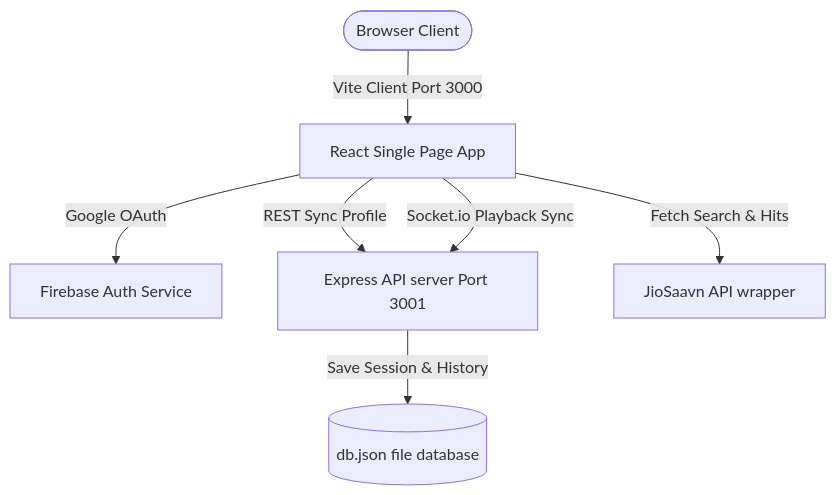
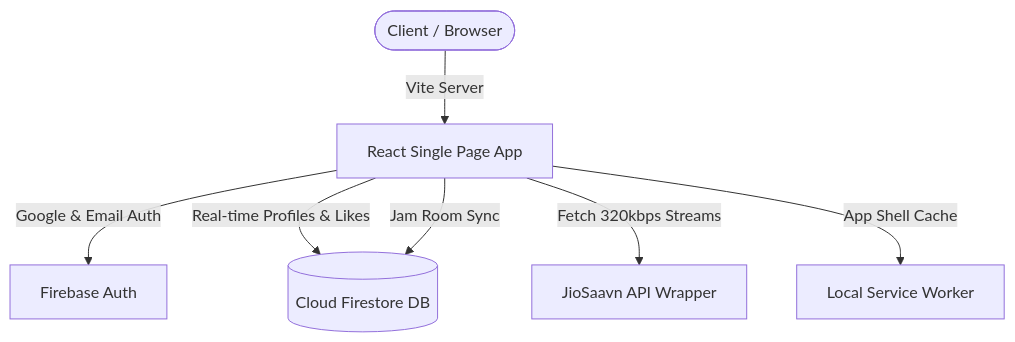
One commit to Geet-Prince/RETRO changed the diagram in README.md. Above: the diagram before and after it, drawn with Mermaid. The commit also changed other lines of this file, not shown here.

````diff
--- a/README.md
+++ b/README.md
@@ -64,9 +106,9 @@
 ```mermaid
 graph TD
-    User([Browser Client]) -->|Vite Client Port 3000| Frontend[React Single Page App]
-    Frontend -->|Google OAuth| FirebaseAuth[Firebase Auth Service]
-    Frontend -->|REST Sync Profile| ExpressBackend[Express API server Port 3001]
-    Frontend -->|Socket.io Playback Sync| ExpressBackend
-    Frontend -->|Fetch Search & Hits| JioSaavnAPI[JioSaavn API wrapper]
-    ExpressBackend -->|Save Session & History| JSONStore[(db.json file database)]
+    User([Client / Browser]) -->|Vite Server| Frontend[React Single Page App]
+    Frontend -->|Google & Email Auth| FirebaseAuth[Firebase Auth]
+    Frontend -->|Real-time Profiles & Likes| Firestore[(Cloud Firestore DB)]
+    Frontend -->|Jam Room Sync| Firestore
+    Frontend -->|Fetch 320kbps Streams| JioSaavnAPI[JioSaavn API Wrapper]
+    Frontend -->|App Shell Cache| ServiceWorker[Local Service Worker]
 ```
````
